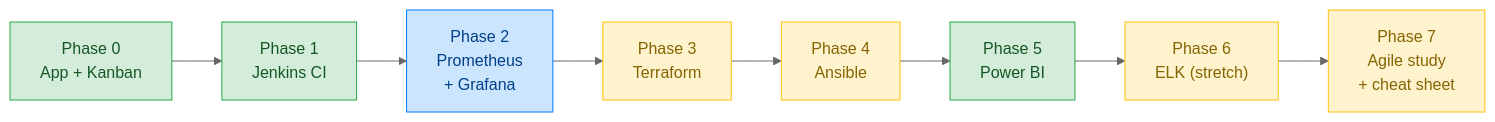
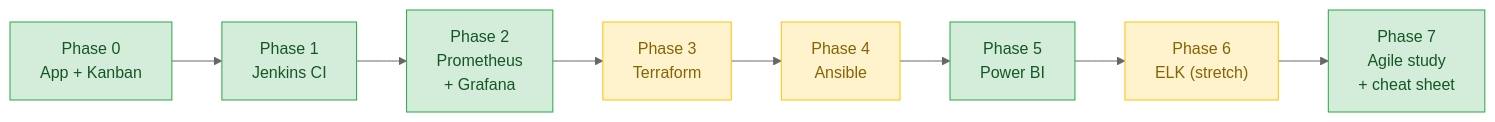
One commit to emmanuel197/devops-analytics-demo changed the diagram in wiki/diagrams/roadmap.mmd. Above: the diagram before and after it, drawn with Mermaid (neutral theme). The commit also changed 10 other files, not shown here.

Commit message:
Phase 2 + interview prep: monitoring stack, cheat sheet, Agile/Prometheus pages, diagrams

```diff
--- a/wiki/diagrams/roadmap.mmd
+++ b/wiki/diagrams/roadmap.mmd
@@ -1,15 +1,14 @@
 flowchart LR
     P0["Phase 0<br/>App + Kanban"] --> P1["Phase 1<br/>Jenkins CI"]
     P1 --> P2["Phase 2<br/>Prometheus<br/>+ Grafana"]
     P2 --> P3["Phase 3<br/>Terraform"]
     P3 --> P4["Phase 4<br/>Ansible"]
     P4 --> P5["Phase 5<br/>Power BI"]
     P5 --> P6["Phase 6<br/>ELK (stretch)"]
     P6 --> P7["Phase 7<br/>Agile study<br/>+ cheat sheet"]
 
     classDef done fill:#d4edda,stroke:#28a745,color:#155724;
     classDef active fill:#cce5ff,stroke:#007bff,color:#004085;
     classDef todo fill:#fff3cd,stroke:#ffc107,color:#856404;
-    class P0,P1,P5 done;
-    class P2 active;
-    class P3,P4,P6,P7 todo;
+    class P0,P1,P2,P5,P7 done;
+    class P3,P4,P6 todo;
```
